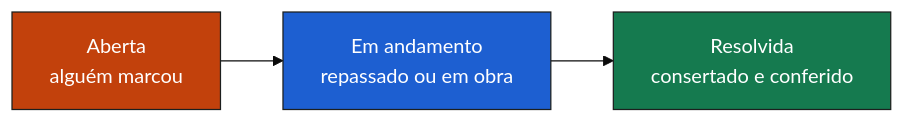
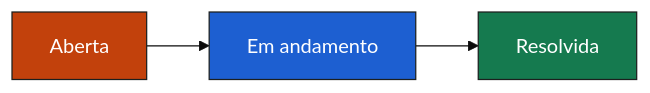
Before and after one commit to c4mpos-dev/inframap: the diagram in README.md, drawn with Mermaid (base theme).

Commit message:
docs: tidy the flowchart and team list in the readme

````diff
--- a/README.md
+++ b/README.md
@@ -39,8 +39,8 @@
 ```mermaid
 flowchart LR
-    A["Aberta<br/>alguém marcou"] --> B["Em andamento<br/>repassado ou em obra"]
-    B --> C["Resolvida<br/>consertado e conferido"]
+    A["Aberta"] --> B["Em andamento"]
+    B --> C["Resolvida"]
     style A fill:#C2410C,color:#fff,stroke:#1C1F1E
     style B fill:#1D5FD1,color:#fff,stroke:#1C1F1E
     style C fill:#157A4F,color:#fff,stroke:#1C1F1E
 ```
````
